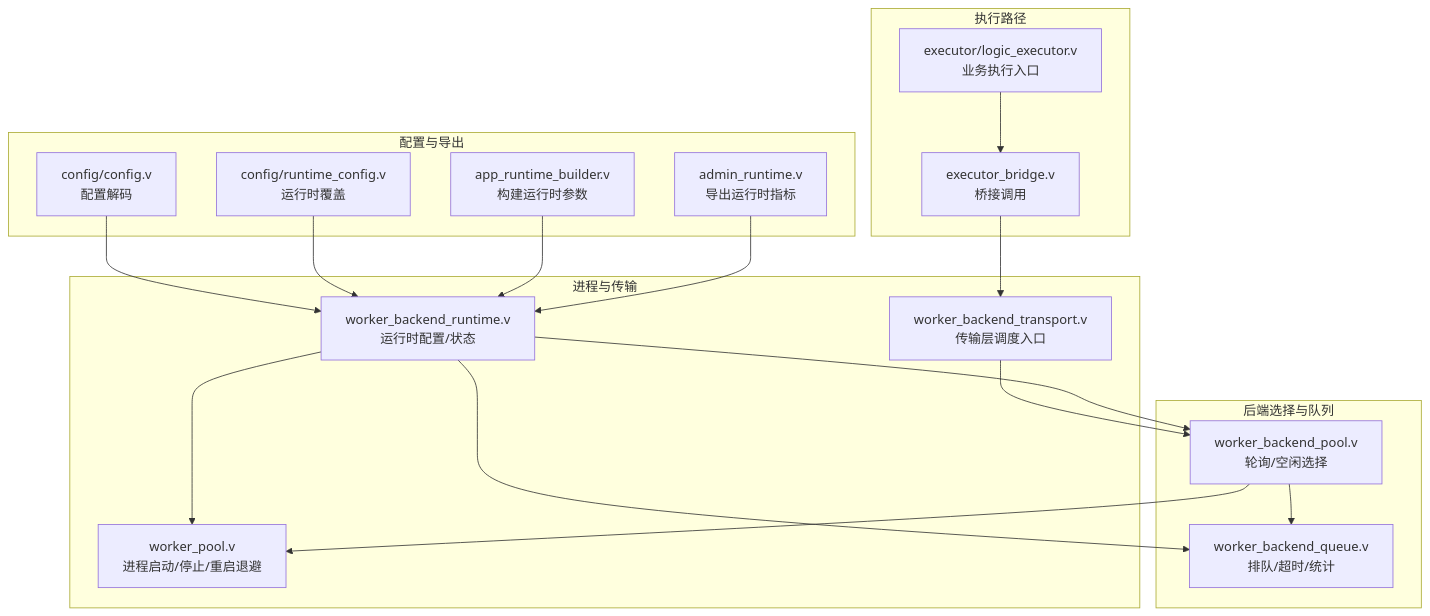
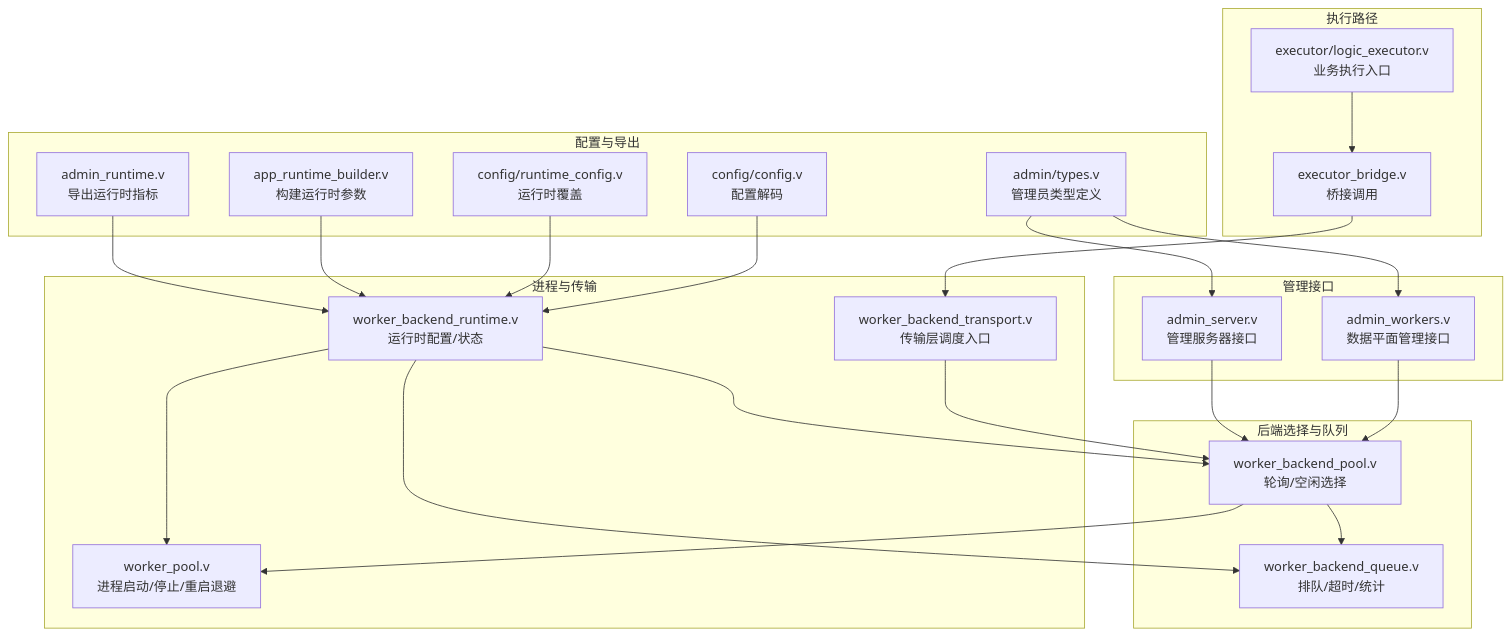
Before and after one commit to guweigang/vhttpd: the first of 7 diagrams in .qoder/repowiki/zh/content/传输层处理/工作进程池管理.md, drawn with Mermaid. The commit also changed other lines of this file and 54 other files, not shown here.

````diff
--- a/.qoder/repowiki/zh/content/传输层处理/工作进程池管理.md
+++ b/.qoder/repowiki/zh/content/传输层处理/工作进程池管理.md
@@ -48,33 +58,42 @@
 ```mermaid
 graph TB
 subgraph "进程与传输"
 WP["worker_pool.v<br/>进程启动/停止/重启退避"]
 WBR["worker_backend_runtime.v<br/>运行时配置/状态"]
 WBT["worker_backend_transport.v<br/>传输层调度入口"]
 end
 subgraph "后端选择与队列"
 WBP["worker_backend_pool.v<br/>轮询/空闲选择"]
 WBQ["worker_backend_queue.v<br/>排队/超时/统计"]
 end
 subgraph "配置与导出"
 CFG["config/config.v<br/>配置解码"]
 RTCFG["config/runtime_config.v<br/>运行时覆盖"]
 ARB["app_runtime_builder.v<br/>构建运行时参数"]
 ADM["admin_runtime.v<br/>导出运行时指标"]
+ADMT["admin/types.v<br/>管理员类型定义"]
+end
+subgraph "管理接口"
+ADMW["admin_workers.v<br/>数据平面管理接口"]
+ADMS["admin_server.v<br/>管理服务器接口"]
 end
 subgraph "执行路径"
 LEX["executor/logic_executor.v<br/>业务执行入口"]
 BRG["executor_bridge.v<br/>桥接调用"]
 end
 LEX --> BRG --> WBT
 WBT --> WBP
 WBP --> WP
 WBP --> WBQ
 WBR --> WP
 WBR --> WBP
 WBR --> WBQ
 CFG --> WBR
 RTCFG --> WBR
 ARB --> WBR
 ADM --> WBR
+ADMT --> ADMW
+ADMT --> ADMS
+ADMW --> WBP
+ADMS --> WBP
 ```
````
